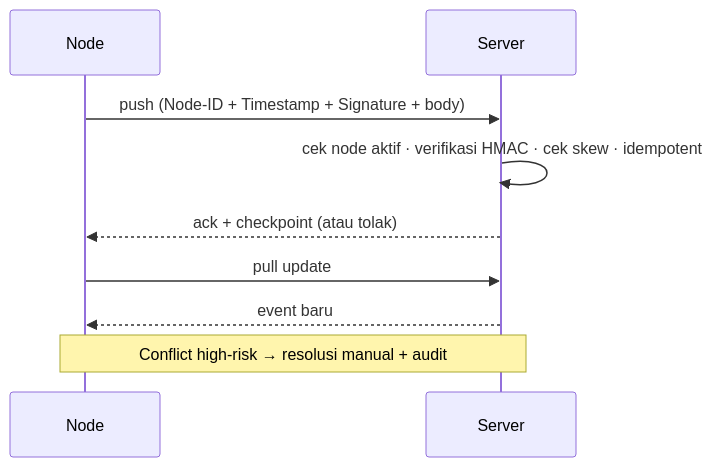
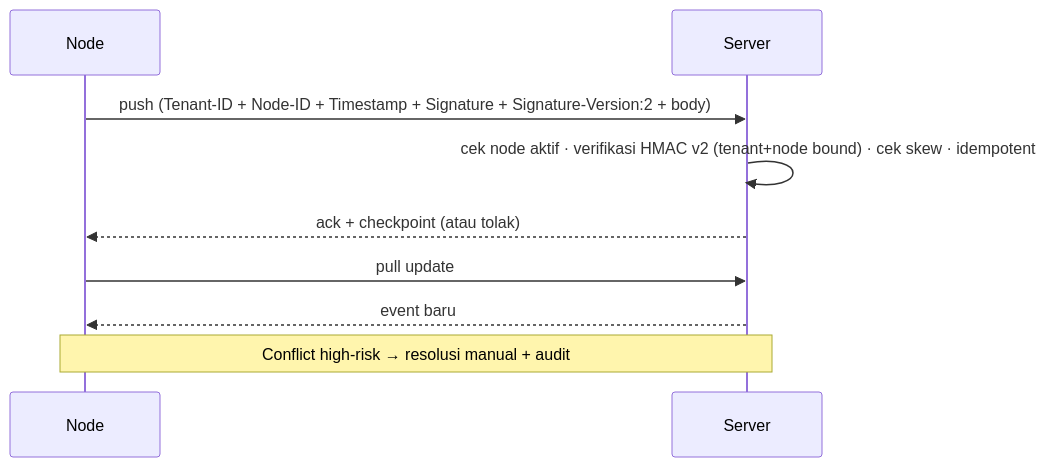
One commit to ahliweb/awcms changed the diagram in .claude/skills/awcms-sync-hmac/SKILL.md. Above: the diagram before and after it, drawn with Mermaid. The commit also changed other lines of this file and 32 other files, not shown here.

````diff
--- a/.claude/skills/awcms-sync-hmac/SKILL.md
+++ b/.claude/skills/awcms-sync-hmac/SKILL.md
@@ -46,11 +85,11 @@
 ```mermaid
 sequenceDiagram
   participant N as Node
   participant S as Server
-  N->>S: push (Node-ID + Timestamp + Signature + body)
-  S->>S: cek node aktif · verifikasi HMAC · cek skew · idempotent
+  N->>S: push (Tenant-ID + Node-ID + Timestamp + Signature + Signature-Version:2 + body)
+  S->>S: cek node aktif · verifikasi HMAC v2 (tenant+node bound) · cek skew · idempotent
   S-->>N: ack + checkpoint (atau tolak)
   N->>S: pull update
   S-->>N: event baru
   Note over N,S: Conflict high-risk → resolusi manual + audit
 ```
````
